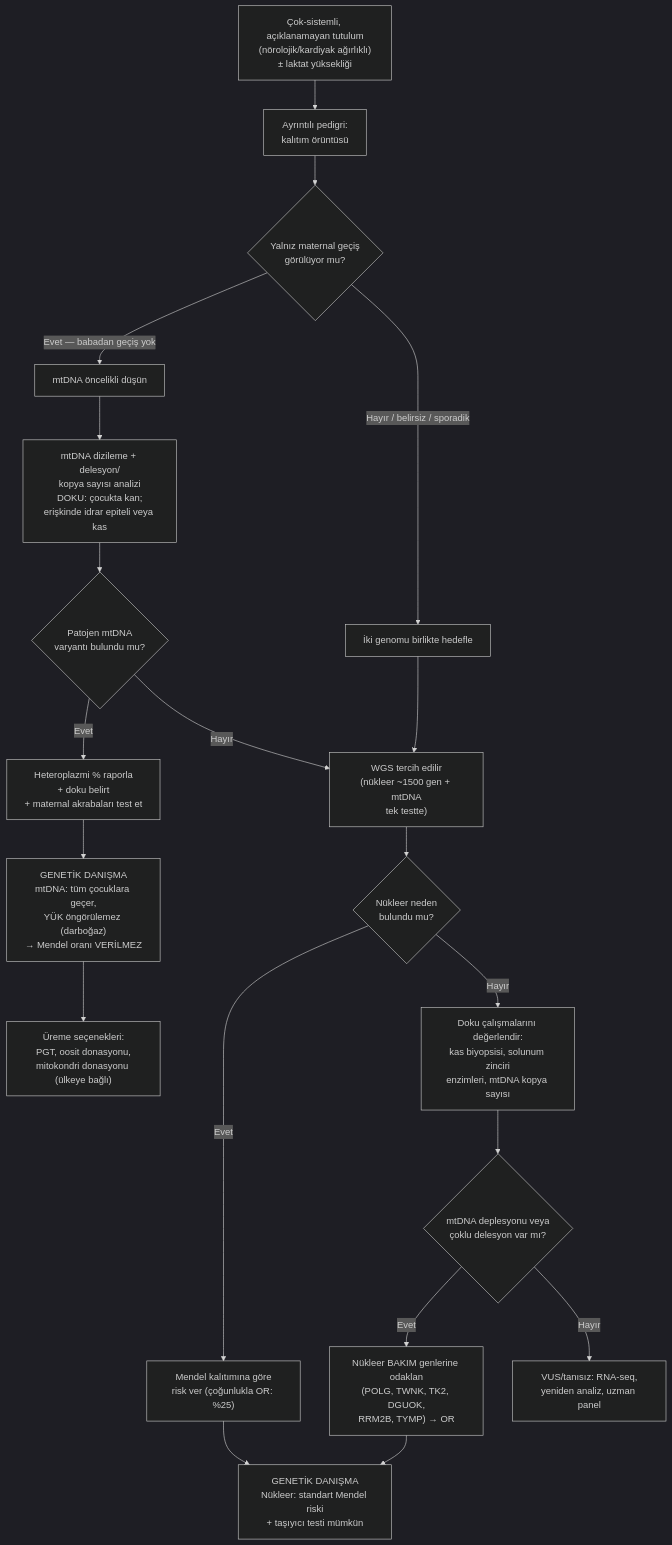
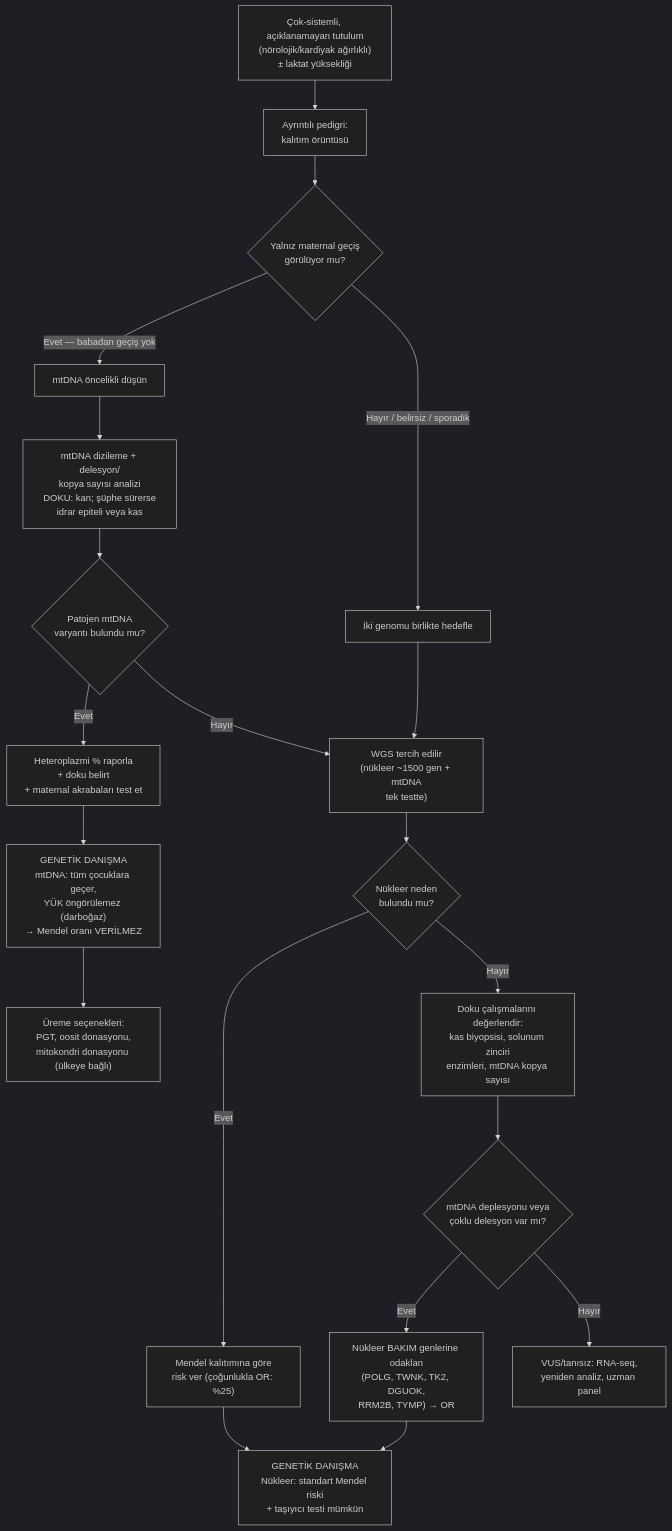
The third of 3 diagrams in Bölüm_11_Mitokondriyal_Genetik.md (MDKalenderoglu/Mekanizma_Kitab-), drawn with Mermaid (dark theme) before and after one commit. The commit also changed other lines of this file, not shown here.

First line of the commit message:
Uzman turu A10-A14: Bölüm 11 doku seçimi ve WES-mtDNA düzeltmesi

````diff
--- a/Bölüm_11_Mitokondriyal_Genetik.md
+++ b/Bölüm_11_Mitokondriyal_Genetik.md
@@ -273,27 +273,27 @@
 ```mermaid
 flowchart TD
   A["Çok-sistemli, açıklanamayan tutulum<br/>(nörolojik/kardiyak ağırlıklı)<br/>± laktat yüksekliği"] --> B["Ayrıntılı pedigri:<br/>kalıtım örüntüsü"]
   B --> C{"Yalnız maternal geçiş<br/>görülüyor mu?"}
   C -->|"Evet — babadan geçiş yok"| D["mtDNA öncelikli düşün"]
   C -->|"Hayır / belirsiz / sporadik"| E["İki genomu birlikte hedefle"]
 
-  D --> F["mtDNA dizileme + delesyon/<br/>kopya sayısı analizi<br/>DOKU: çocukta kan;<br/>erişkinde idrar epiteli veya kas"]
+  D --> F["mtDNA dizileme + delesyon/<br/>kopya sayısı analizi<br/>DOKU: kan; şüphe sürerse<br/>idrar epiteli veya kas"]
   E --> G["WGS tercih edilir<br/>(nükleer ~1500 gen + mtDNA<br/>tek testte)"]
 
   F --> H{"Patojen mtDNA<br/>varyantı bulundu mu?"}
   H -->|"Evet"| I["Heteroplazmi % raporla<br/>+ doku belirt<br/>+ maternal akrabaları test et"]
   H -->|"Hayır"| G
 
   G --> J{"Nükleer neden<br/>bulundu mu?"}
   J -->|"Evet"| K["Mendel kalıtımına göre<br/>risk ver (çoğunlukla OR: %25)"]
   J -->|"Hayır"| L["Doku çalışmalarını değerlendir:<br/>kas biyopsisi, solunum zinciri<br/>enzimleri, mtDNA kopya sayısı"]
 
   L --> M{"mtDNA deplesyonu veya<br/>çoklu delesyon var mı?"}
   M -->|"Evet"| N["Nükleer BAKIM genlerine odaklan<br/>(POLG, TWNK, TK2, DGUOK,<br/>RRM2B, TYMP) → OR"]
   M -->|"Hayır"| O["VUS/tanısız: RNA-seq,<br/>yeniden analiz, uzman panel"]
 
   I --> P["GENETİK DANIŞMA<br/>mtDNA: tüm çocuklara geçer,<br/>YÜK öngörülemez (darboğaz)<br/>→ Mendel oranı VERİLMEZ"]
   K --> Q["GENETİK DANIŞMA<br/>Nükleer: standart Mendel riski<br/>+ taşıyıcı testi mümkün"]
   N --> Q
   P --> R["Üreme seçenekleri:<br/>PGT, oosit donasyonu,<br/>mitokondri donasyonu (ülkeye bağlı)"]
 ```
````
